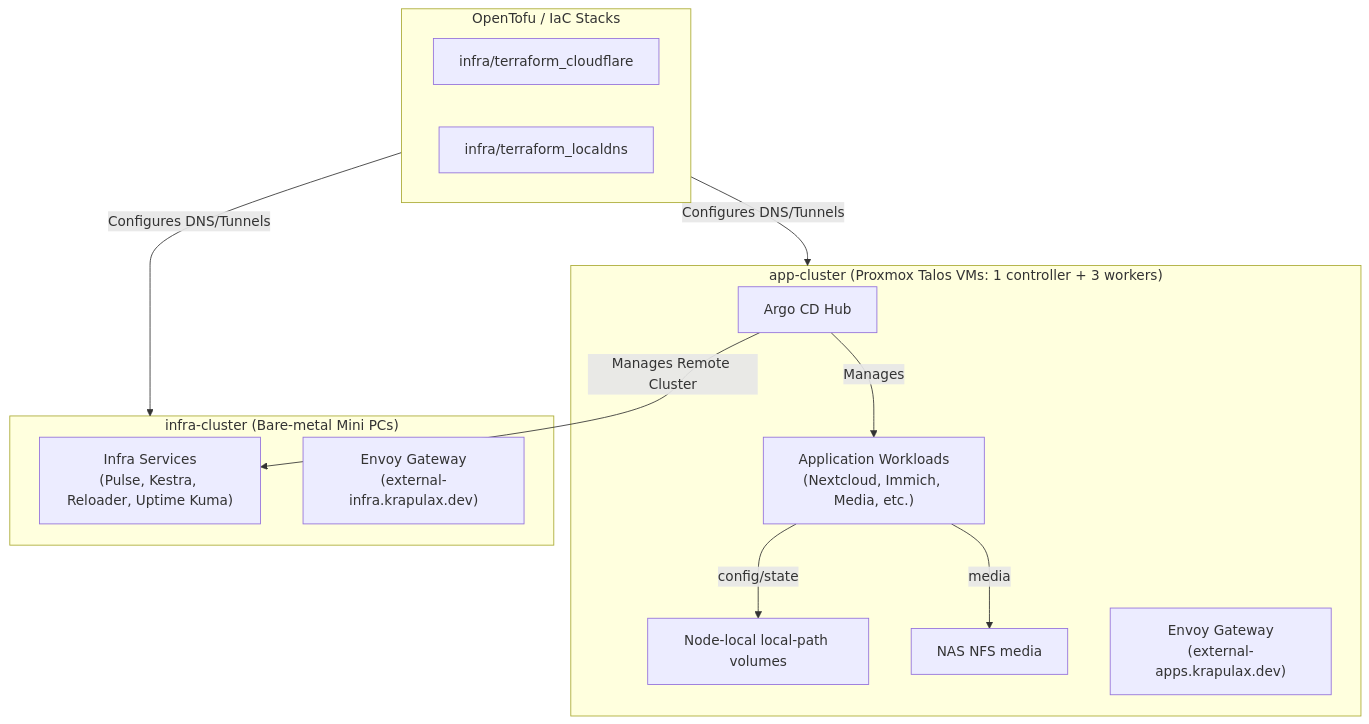
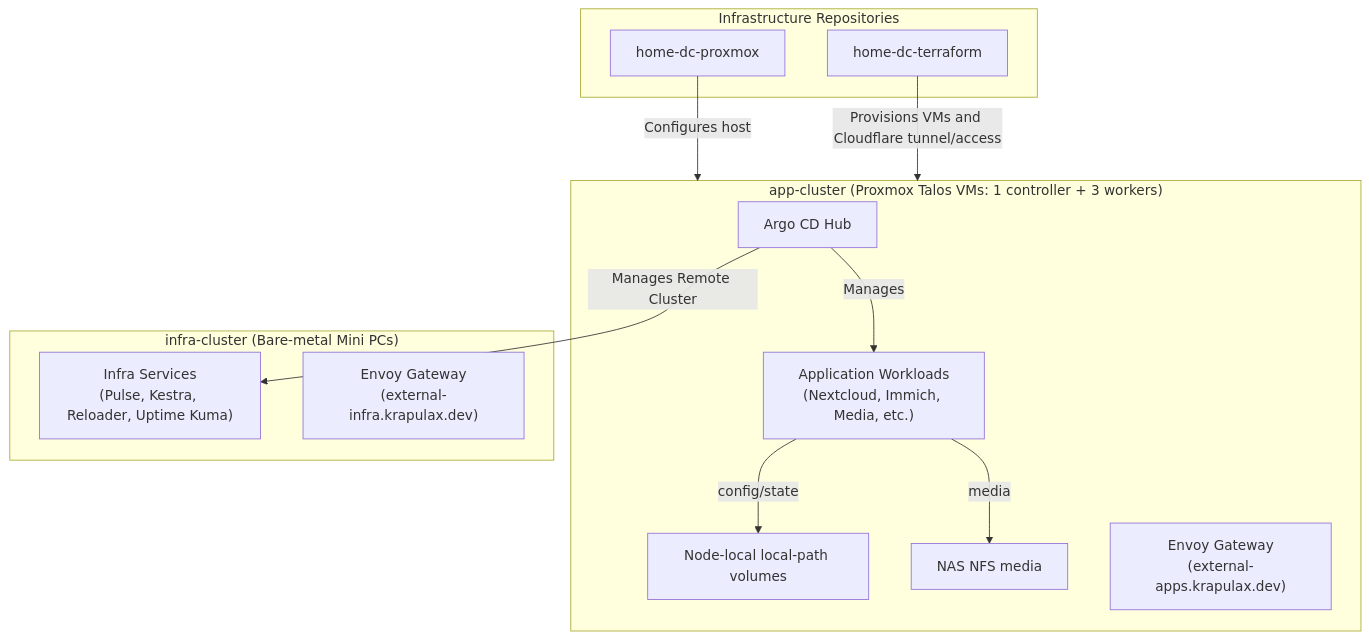
Before and after one commit to fabricesemti80/home-dc-kubernetes: the diagram in docs/cluster/installation.md, drawn with Mermaid. The commit also changed other lines of this file and 30 other files, not shown here.

First line of the commit message:
Refactor infrastructure management and remove OpenTofu stacks

````diff
--- a/docs/cluster/installation.md
+++ b/docs/cluster/installation.md
@@ -11,27 +11,27 @@
 ```mermaid
 flowchart TD
     subgraph App["app-cluster (Proxmox Talos VMs: 1 controller + 3 workers)"]
         ArgoCD["Argo CD Hub"]
         AppWorkloads["Application Workloads\n(Nextcloud, Immich, Media, etc.)"]
         LocalPath["Node-local local-path volumes"]
         NFS["NAS NFS media"]
         EnvoyApp["Envoy Gateway\n(external-apps.krapulax.dev)"]
         ArgoCD -->|Manages| AppWorkloads
         AppWorkloads -->|config/state| LocalPath
         AppWorkloads -->|media| NFS
     end
 
     subgraph Infra["infra-cluster (Bare-metal Mini PCs)"]
         InfraWorkloads["Infra Services\n(Pulse, Kestra, Reloader, Uptime Kuma)"]
         EnvoyInfra["Envoy Gateway\n(external-infra.krapulax.dev)"]
     end
 
-    subgraph IaC["OpenTofu / IaC Stacks"]
-        TF_CF["infra/terraform_cloudflare"]
-        TF_DNS["infra/terraform_localdns"]
+    subgraph InfraRepos["Infrastructure Repositories"]
+        PVE[home-dc-proxmox]
+        OpenTofu[home-dc-terraform]
     end
 
     ArgoCD -->|Manages Remote Cluster| InfraWorkloads
-    IaC -->|Configures DNS/Tunnels| App
-    IaC -->|Configures DNS/Tunnels| Infra
+    PVE -->|Configures host| App
+    OpenTofu -->|Provisions VMs and Cloudflare tunnel/access| App
 ```
````
